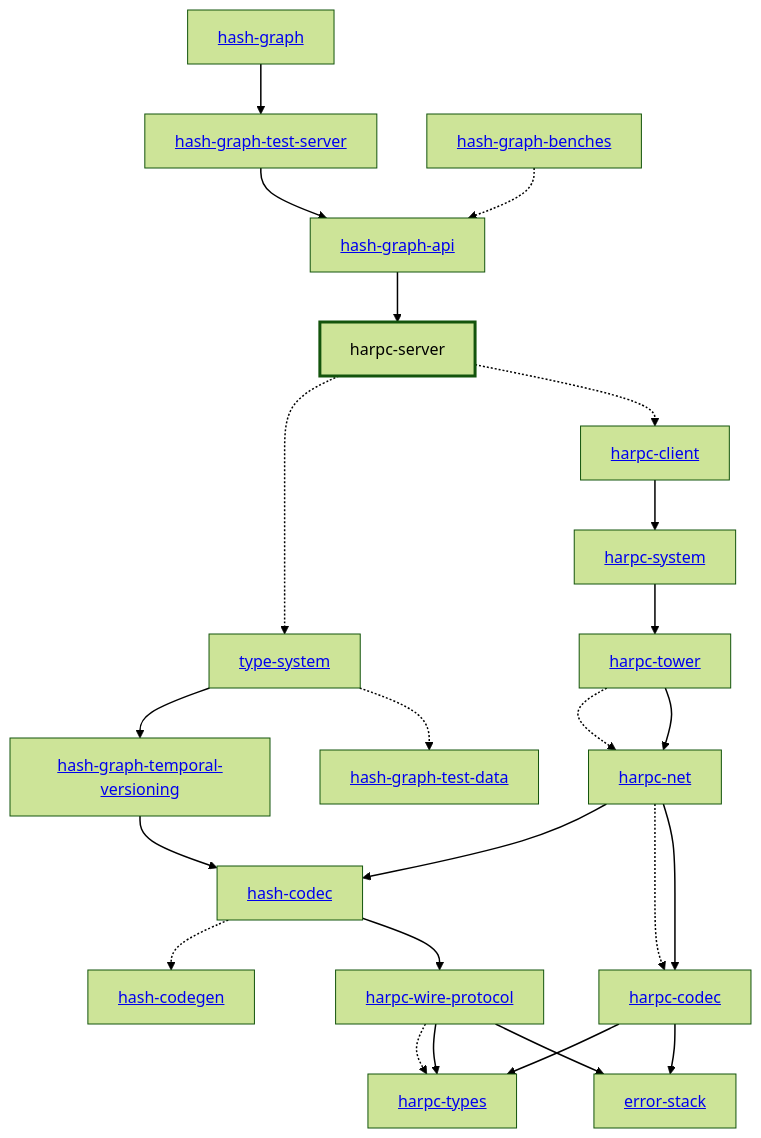
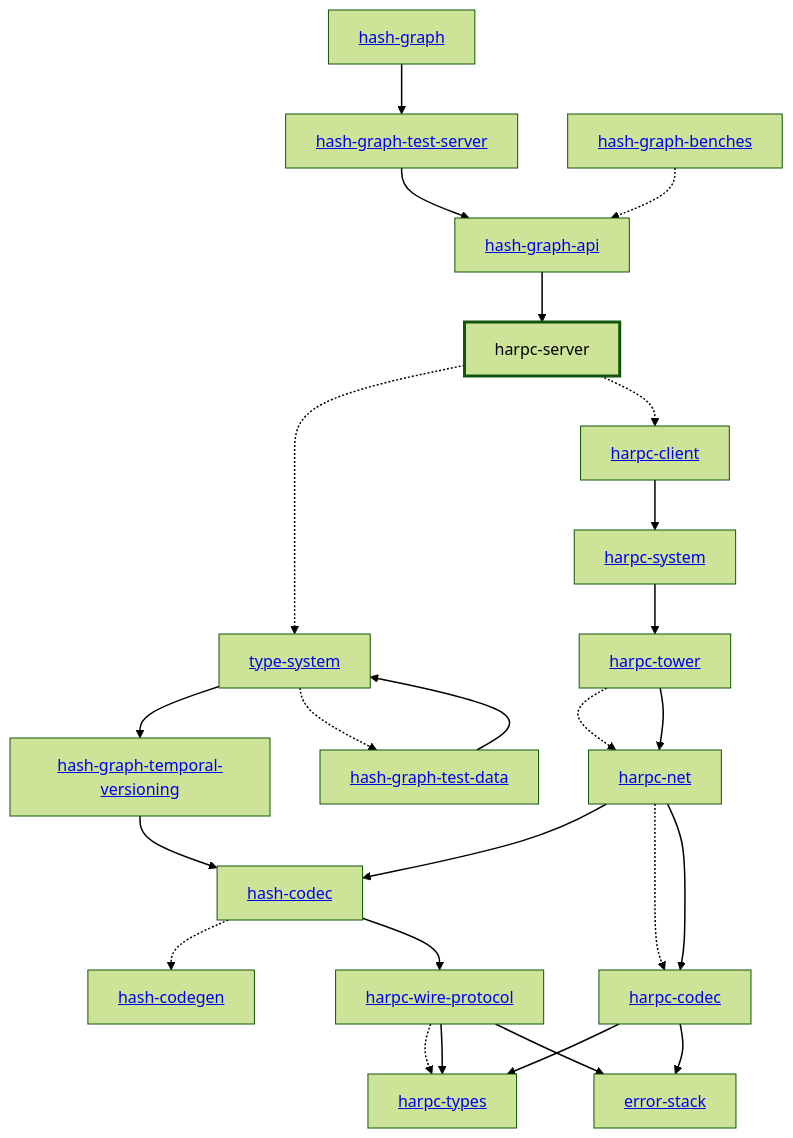
One commit to hashintel/hash changed the diagram in libs/@local/harpc/server/docs/dependency-diagram.mmd. Above: the diagram before and after it, drawn with Mermaid (forest theme). The commit also changed 38 other files, not shown here.

```diff
--- a/libs/@local/harpc/server/docs/dependency-diagram.mmd
+++ b/libs/@local/harpc/server/docs/dependency-diagram.mmd
@@ -1,52 +1,53 @@
 graph TD
     linkStyle default stroke-width:1.5px
     classDef default stroke-width:1px
     classDef root stroke-width:3px
     classDef dev stroke-width:1px
     classDef build stroke-width:1px
     %% Legend
     %% --> : Normal dependency
     %% -.-> : Dev dependency
     %% ---> : Build dependency
     0[<a href="../hash_graph">hash-graph</a>]
     1[<a href="../type_system">type-system</a>]
     2[<a href="../hash_codec">hash-codec</a>]
     3[<a href="../hash_codegen">hash-codegen</a>]
     4[<a href="../hash_graph_api">hash-graph-api</a>]
     5[<a href="../hash_graph_temporal_versioning">hash-graph-temporal-versioning</a>]
     6[<a href="../hash_graph_test_server">hash-graph-test-server</a>]
     7[<a href="../harpc_client">harpc-client</a>]
     8[<a href="../harpc_codec">harpc-codec</a>]
     9[<a href="../harpc_net">harpc-net</a>]
     10[harpc-server]
     class 10 root
     11[<a href="../harpc_system">harpc-system</a>]
     12[<a href="../harpc_tower">harpc-tower</a>]
     13[<a href="../harpc_types">harpc-types</a>]
     14[<a href="../harpc_wire_protocol">harpc-wire-protocol</a>]
     15[<a href="../error_stack">error-stack</a>]
     16[<a href="../hash_graph_benches">hash-graph-benches</a>]
     17[<a href="../hash_graph_test_data">hash-graph-test-data</a>]
     0 --> 6
     1 --> 5
     1 -.-> 17
     2 -.-> 3
     2 --> 14
     4 --> 10
     5 --> 2
     6 --> 4
     7 --> 11
     8 --> 13
     8 --> 15
     9 --> 2
     9 -.-> 8
     9 --> 8
     10 -.-> 1
     10 -.-> 7
     11 --> 12
     12 -.-> 9
     12 --> 9
     14 -.-> 13
     14 --> 13
     14 --> 15
     16 -.-> 4
+    17 --> 1
```
